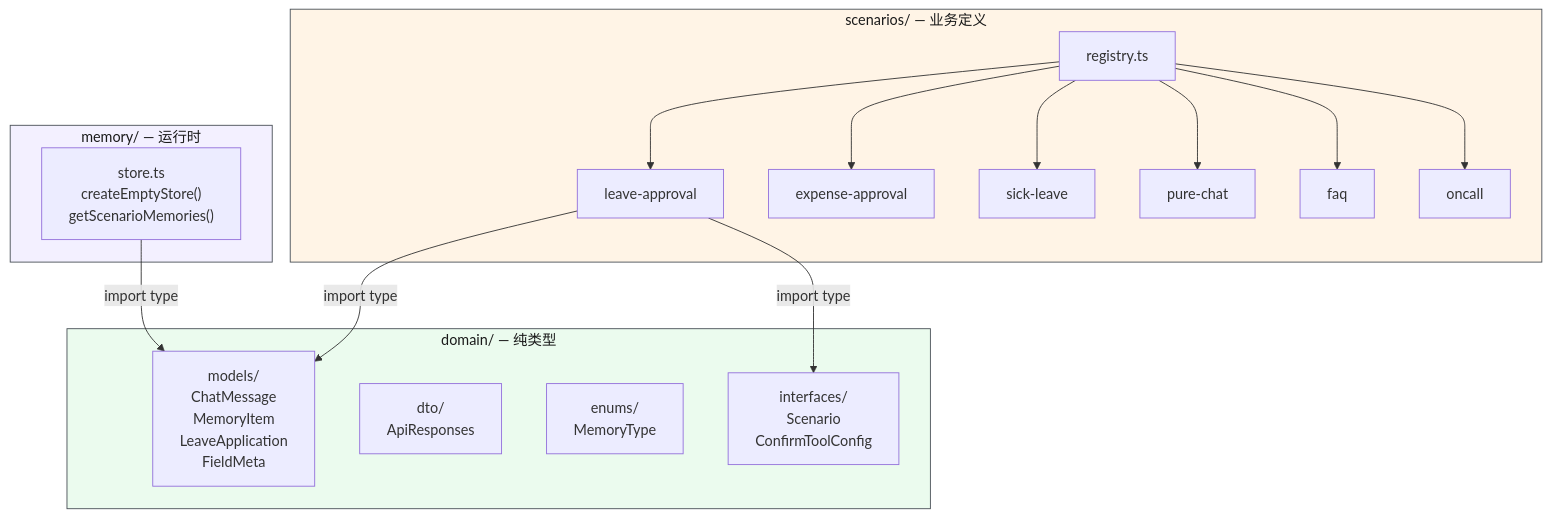
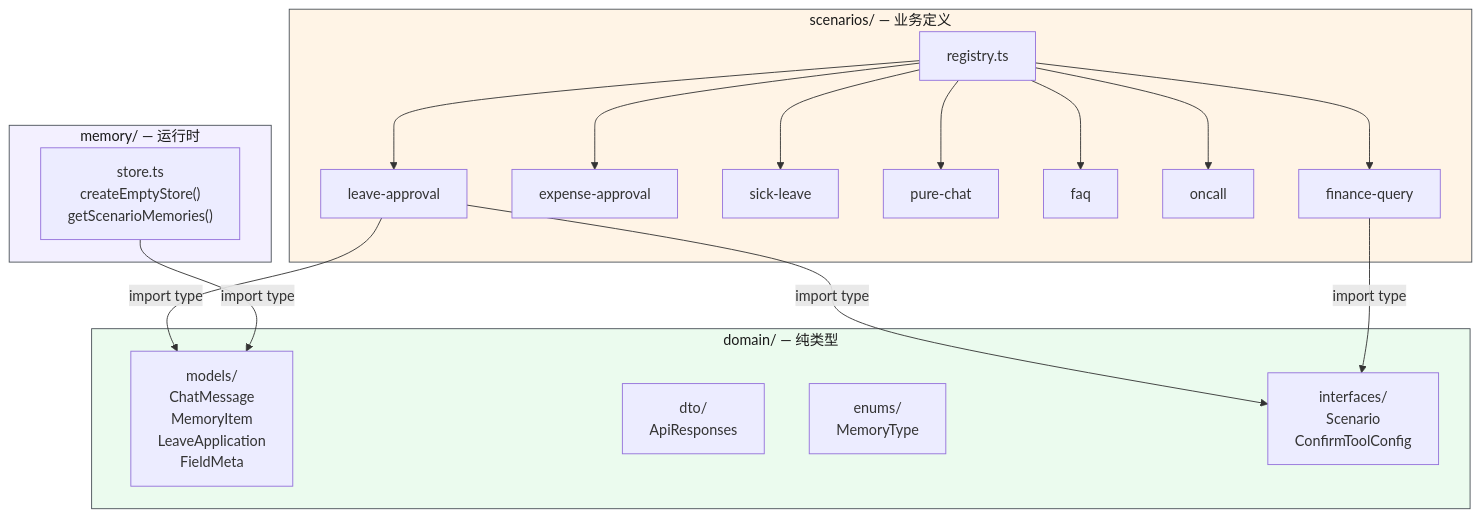
The first of 3 diagrams in src/models/CLAUDE.md (yjzaaa/leave-approval-agent), drawn with Mermaid before and after one commit. The commit also changed 3 other files, not shown here.

Commit message:
docs: 更新 CLAUDE.md 反映 finance-query 场景 + ContentRenderer + datasource 架构

````diff
--- a/src/models/CLAUDE.md
+++ b/src/models/CLAUDE.md
@@ -37,38 +37,41 @@
 ```mermaid
 graph TD
     subgraph Domain["domain/ — 纯类型"]
         Models["models/<br/>ChatMessage<br/>MemoryItem<br/>LeaveApplication<br/>FieldMeta"]
         DTOs["dto/<br/>ApiResponses"]
         Enums["enums/<br/>MemoryType"]
         Ifaces["interfaces/<br/>Scenario<br/>ConfirmToolConfig"]
     end
 
     subgraph Scenarios["scenarios/ — 业务定义"]
         Registry["registry.ts"]
         Leave["leave-approval"]
         Expense["expense-approval"]
         Sick["sick-leave"]
         Chat["pure-chat"]
         FAQ["faq"]
         Oncall["oncall"]
+        Finance["finance-query"]
     end
 
     subgraph MemRuntime["memory/ — 运行时"]
         Store["store.ts<br/>createEmptyStore()<br/>getScenarioMemories()"]
     end
 
     Registry --> Leave
     Registry --> Expense
     Registry --> Sick
     Registry --> Chat
     Registry --> FAQ
     Registry --> Oncall
+    Registry --> Finance
 
     Leave -->|"import type"| Ifaces
     Leave -->|"import type"| Models
+    Finance -->|"import type"| Ifaces
     Store -->|"import type"| Models
 
     style Domain fill:#ebfbee,stroke:#495057,color:#1a1a1a
     style Scenarios fill:#fff4e6,stroke:#495057,color:#1a1a1a
     style MemRuntime fill:#f3f0ff,stroke:#495057,color:#1a1a1a
 ```
````
